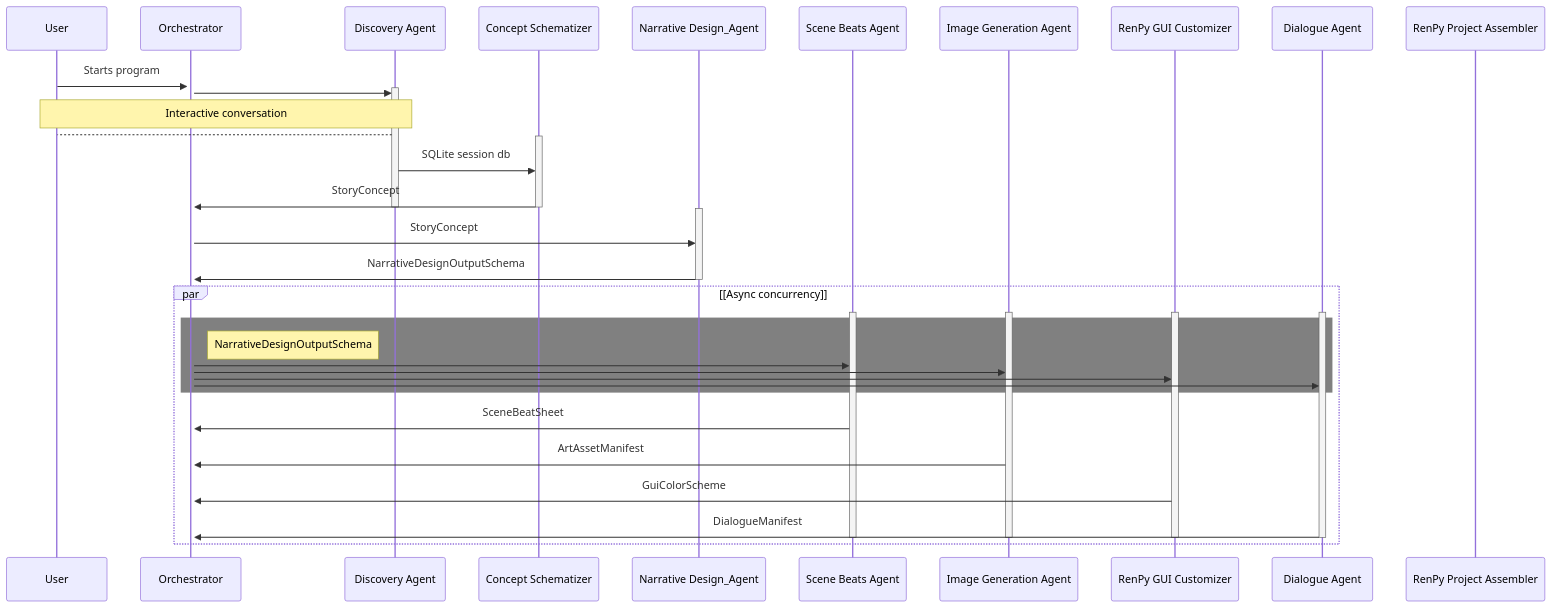
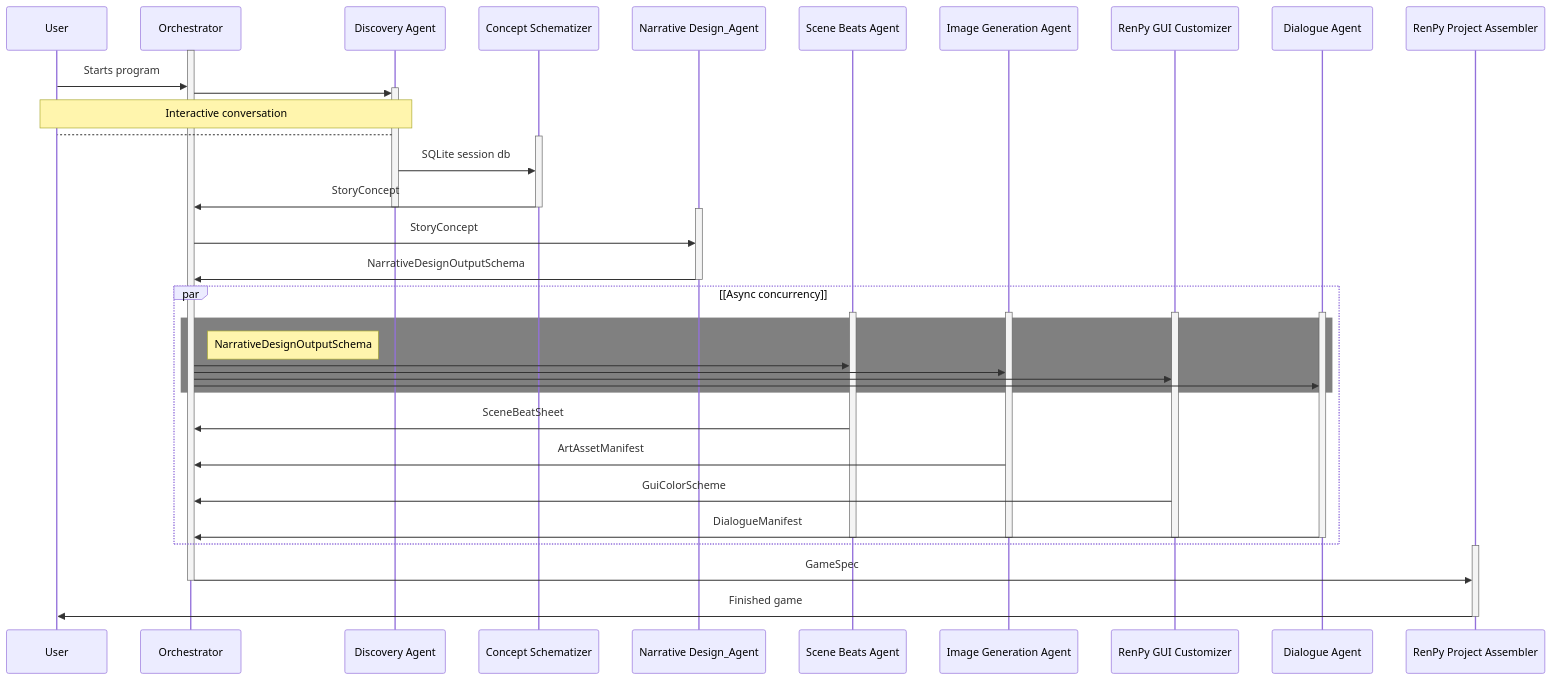
One commit to danglenzig/KARLA_PROD changed the diagram in README.md. Above: the diagram before and after it, drawn with Mermaid.

````diff
--- a/README.md
+++ b/README.md
@@ -108,54 +108,58 @@
 ```mermaid
 sequenceDiagram
     participant USER as User
     participant ORCH as Orchestrator
     participant DISC as Discovery Agent
     participant CONC as Concept Schematizer
     participant NARR as Narrative Design_Agent
     participant BEAT as Scene Beats Agent
     participant ARTS as Image Generation Agent
     participant COLO as RenPy GUI Customizer
     participant DIAL as Dialogue Agent
     participant RNPY as RenPy Project Assembler
 
     activate ORCH
     USER->>ORCH: Starts program
     activate DISC
     ORCH->>DISC:
     Note over DISC,USER: Interactive conversation
     DISC-->USER:
     activate CONC
     DISC->>CONC: SQLite session db
     CONC->>ORCH: StoryConcept
     deactivate CONC
     deactivate DISC
 
     activate NARR
     ORCH->>NARR: StoryConcept
     NARR->>ORCH: NarrativeDesignOutputSchema
     deactivate NARR
-
     
     par [Async concurrency]
         activate BEAT
         activate ARTS
         activate COLO
         activate DIAL
         rect rgb(128,128,128)
         note right of ORCH: NarrativeDesignOutputSchema
         ORCH->>BEAT:
         ORCH->>ARTS:
         ORCH->>COLO:
         ORCH->>DIAL:
         end
         BEAT->>ORCH: SceneBeatSheet
         ARTS->>ORCH: ArtAssetManifest
         COLO->>ORCH: GuiColorScheme
         DIAL->>ORCH: DialogueManifest
         deactivate BEAT
         deactivate ARTS
         deactivate COLO
         deactivate DIAL
     end
     
+    activate RNPY
+    ORCH->>RNPY: GameSpec
+    deactivate ORCH
+    RNPY->>USER: Finished game
+    deactivate RNPY
 ```
````
